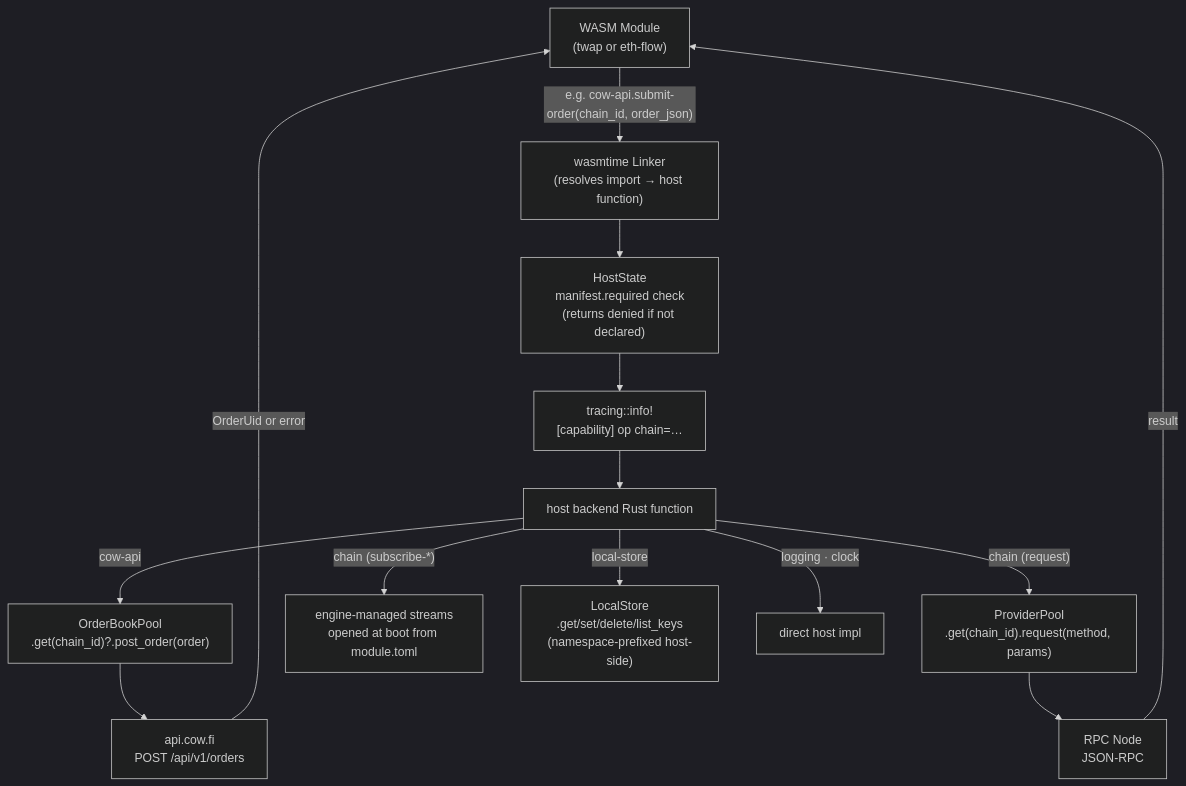
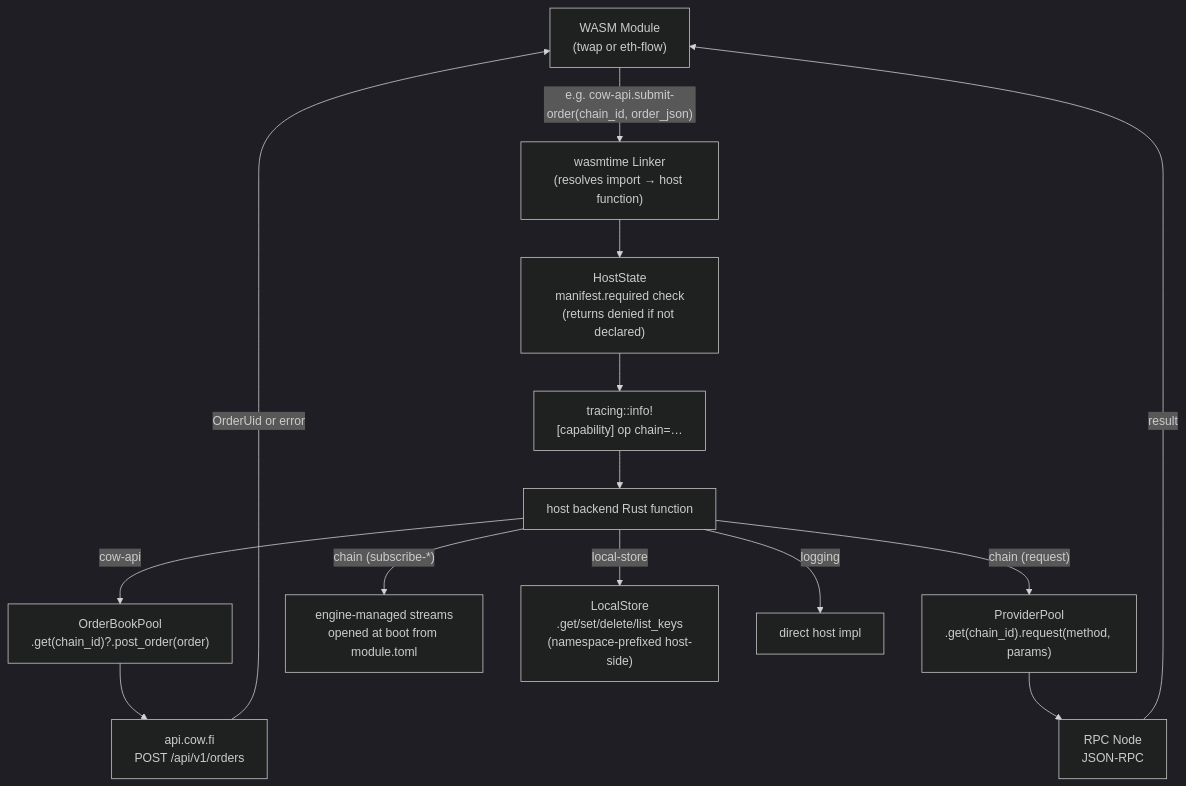
The seventh of 8 diagrams in docs/diagrams/diagrams.md (nullislabs/shepherd), drawn with Mermaid (dark theme) before and after one commit. The commit also changed other lines of this file and 23 other files, not shown here.

First line of the commit message:
refactor(host): drop the clock capability in favour of WASI clocks

````diff
--- a/docs/diagrams/diagrams.md
+++ b/docs/diagrams/diagrams.md
@@ -400,18 +400,18 @@
 ```mermaid
 flowchart TD
     Module["WASM Module\n(twap or eth-flow)"]
     Module -->|"e.g. cow-api.submit-order(chain_id, order_json)"| Linker
     Linker["wasmtime Linker\n(resolves import → host function)"]
     Linker --> CapCheck["HostState\nmanifest.required check\n(returns denied if not declared)"]
     CapCheck --> Trace["tracing::info!\n[capability] op chain=…"]
     Trace --> HostFn["host backend Rust function"]
     HostFn -->|"cow-api"| OBPool["OrderBookPool\n.get(chain_id)?.post_order(order)"]
     HostFn -->|"chain (request)"| ProviderP["ProviderPool\n.get(chain_id).request(method, params)"]
     HostFn -->|"chain (subscribe-*)"| EngineSubs["engine-managed streams\nopened at boot from module.toml"]
     HostFn -->|"local-store"| StoreP["LocalStore\n.get/set/delete/list_keys\n(namespace-prefixed host-side)"]
-    HostFn -->|"logging · clock"| Misc["direct host impl"]
+    HostFn -->|"logging"| Misc["direct host impl"]
     OBPool --> CowAPI["api.cow.fi\nPOST /api/v1/orders"]
     ProviderP --> RPCNode["RPC Node\nJSON-RPC"]
     CowAPI -->|"OrderUid or error"| Module
     RPCNode -->|"result"| Module
 ```
````
